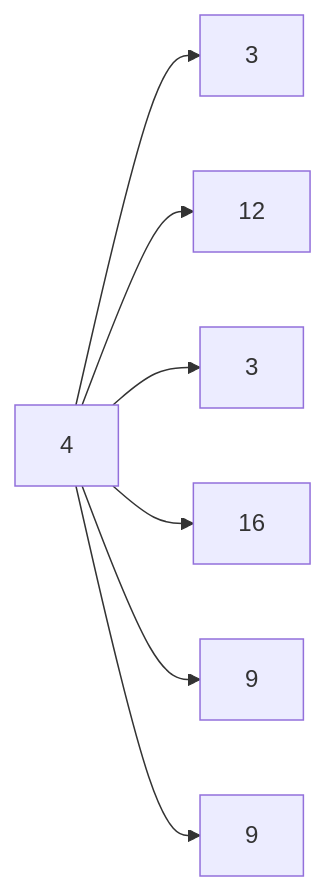
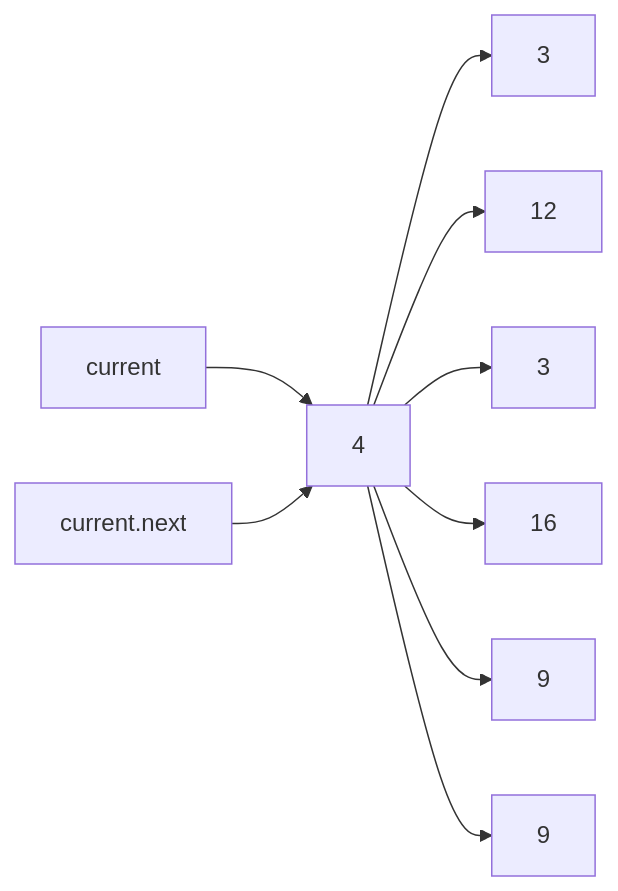
Before and after one commit to Jeffrey-S-Smith/reading-notes-401: the fifth of 5 diagrams in remove-duplicates-from-a-linked-list.md, drawn with Mermaid. The commit also changed other lines of this file, not shown here.

````diff
--- a/remove-duplicates-from-a-linked-list.md
+++ b/remove-duplicates-from-a-linked-list.md
@@ -67,9 +67,9 @@
 ```mermaid
     flowchart LR
-    A[4] --> B[3]
-    A --> C[12]
+   current --> A[4] --> B[3]
+    current.next --> A --> C[12]
     A --> D[3] 
     A --> E[16]
     A --> F[9]
     A --> G[9] 
    ```
````
